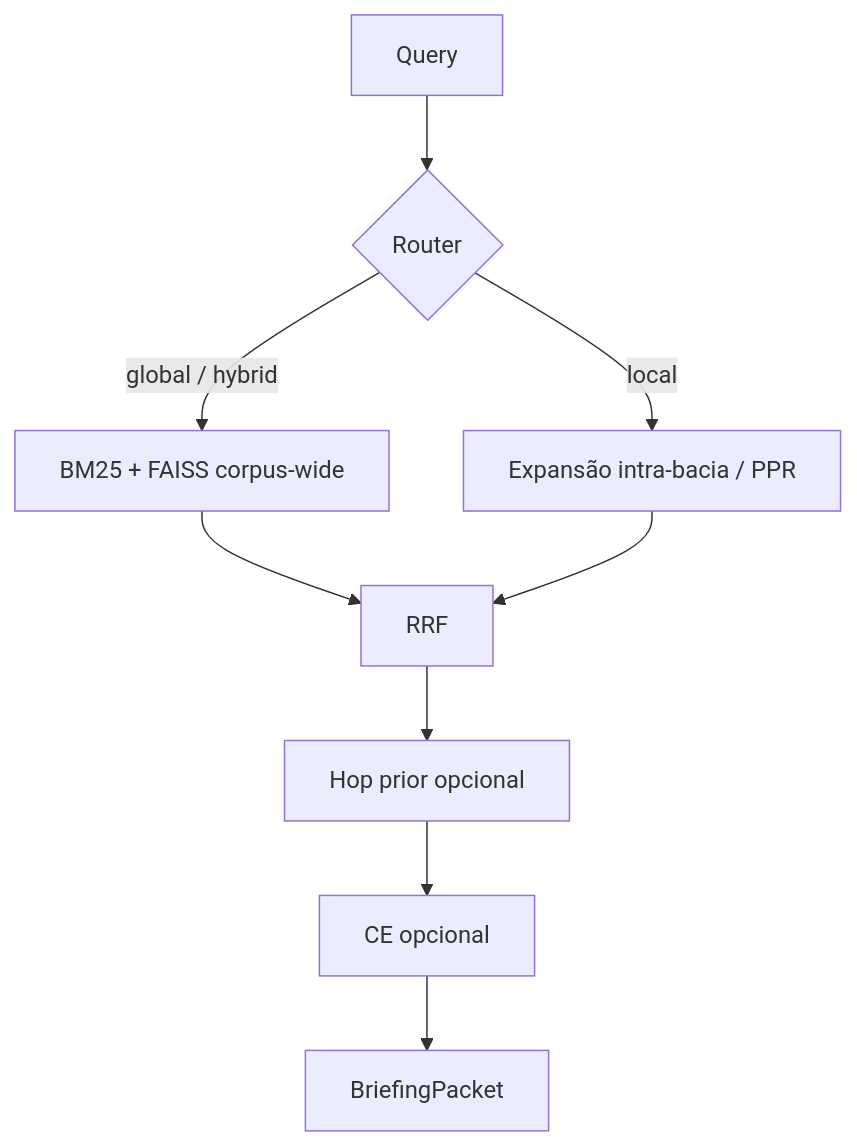
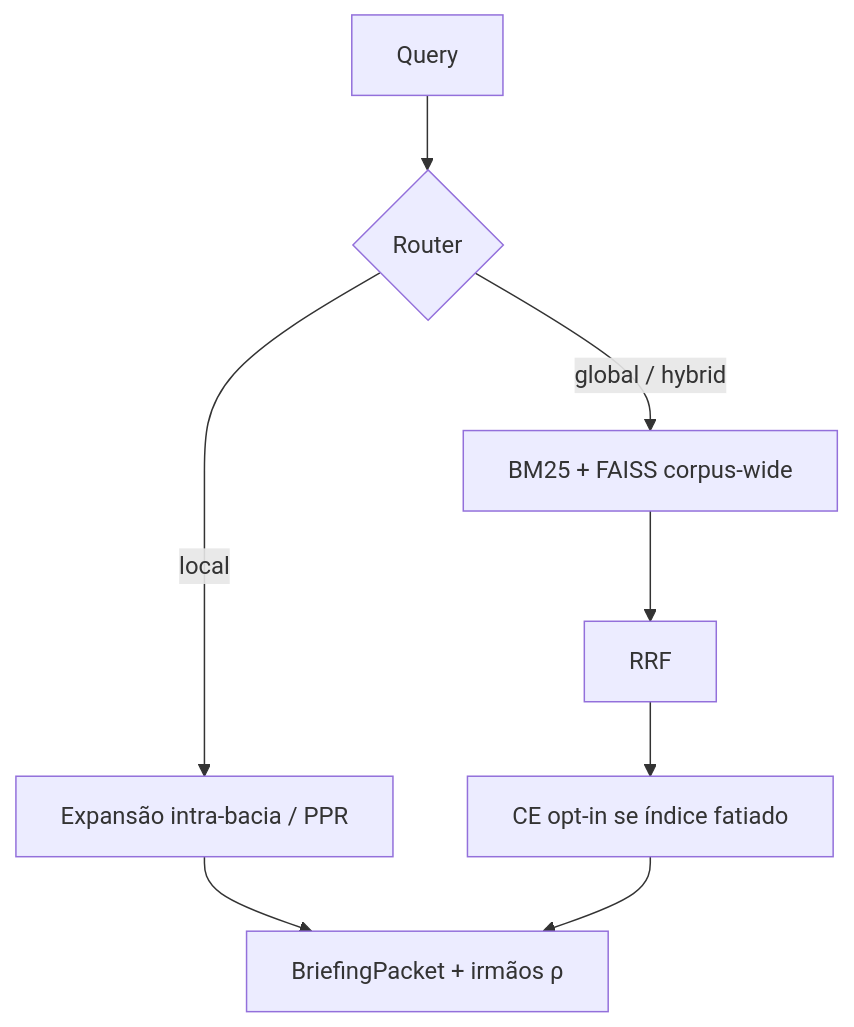
The second of 2 diagrams in ARCHITECTURE.md (Basinfy/BasinRAG), drawn with Mermaid before and after one commit. The commit also changed other lines of this file and 34 other files, not shown here.

````diff
--- a/ARCHITECTURE.md
+++ b/ARCHITECTURE.md
@@ -65,11 +67,10 @@
 ```mermaid
 graph TD
     Q[Query] --> IR{Router}
     IR -->|global / hybrid| C[BM25 + FAISS corpus-wide]
     IR -->|local| L[Expansão intra-bacia / PPR]
     C --> RRF[RRF]
-    L --> RRF
-    RRF --> Hop[Hop prior opcional]
-    Hop --> RR[CE opcional]
-    RR --> Pack[BriefingPacket]
+    L --> Pack
+    RRF --> RR[CE opt-in se índice fatiado]
+    RR --> Pack[BriefingPacket + irmãos ρ]
 ```
````
